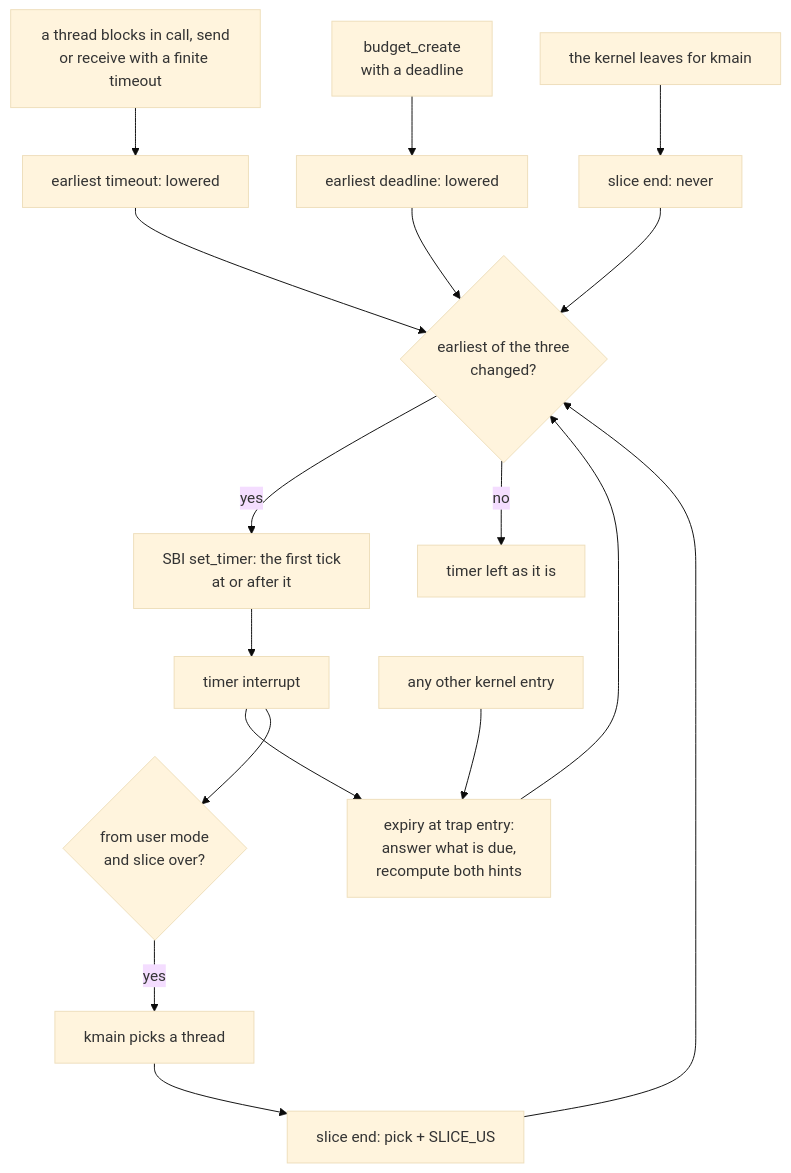
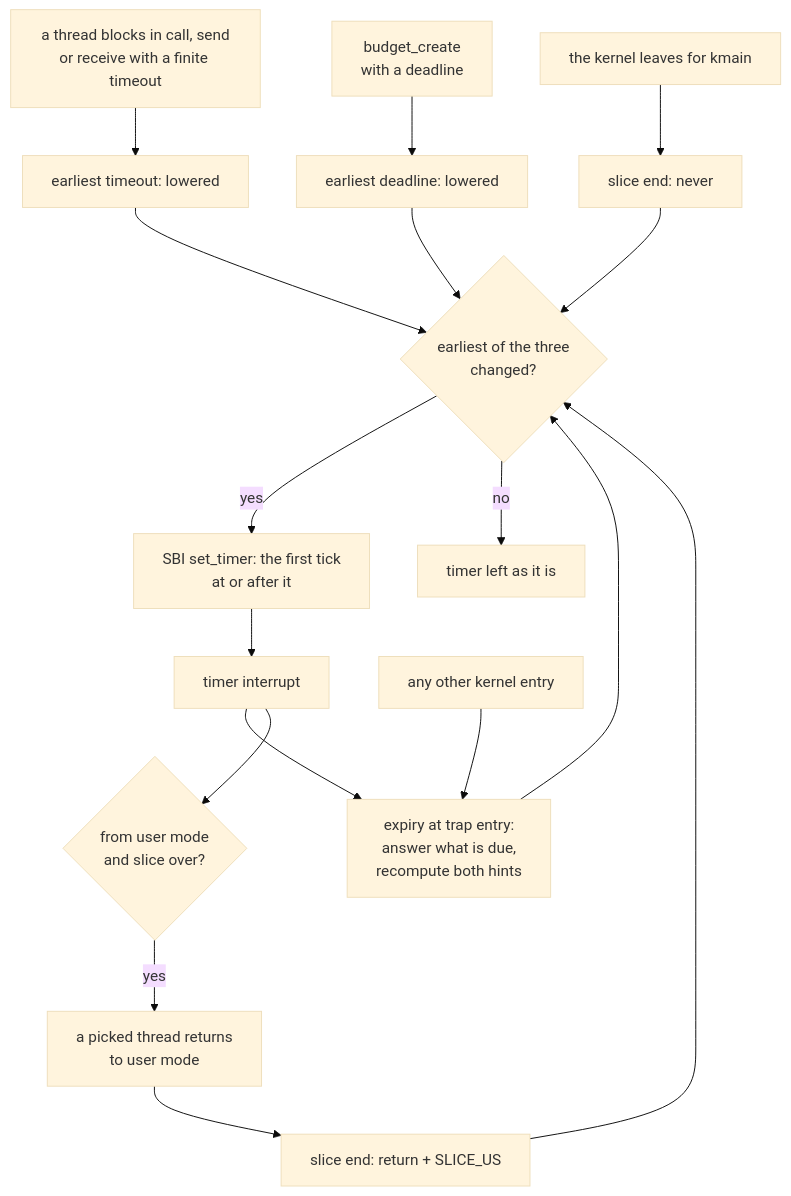
Before and after one commit to sirmick/redoubt: the diagram in docs/kernel/timer.md, drawn with Mermaid (base theme). The commit also changed other lines of this file and 11 other files, not shown here.

````diff
--- a/docs/kernel/timer.md
+++ b/docs/kernel/timer.md
@@ -69,19 +70,19 @@
 ```mermaid
 flowchart TD
     blk["a thread blocks in call, send<br/>or receive with a finite timeout"] --> hto["earliest timeout: lowered"]
     mk["budget_create<br/>with a deadline"] --> hdl["earliest deadline: lowered"]
-    pick[kmain picks a thread] --> hsl["slice end: pick + SLICE_US"]
+    pick[a picked thread returns<br/>to user mode] --> hsl["slice end: return + SLICE_US"]
     leave[the kernel leaves for kmain] --> hnv["slice end: never"]
     hto --> M{earliest of the three<br/>changed?}
     hdl --> M
     hsl --> M
     hnv --> M
     M -- yes --> arm["SBI set_timer: the first tick<br/>at or after it"]
     M -- no --> K[timer left as it is]
     arm --> I[timer interrupt]
     I --> X["expiry at trap entry:<br/>answer what is due,<br/>recompute both hints"]
     Y[any other kernel entry] --> X
     X --> M
     I --> over{"from user mode<br/>and slice over?"}
     over -- yes --> pick
 ```
````
